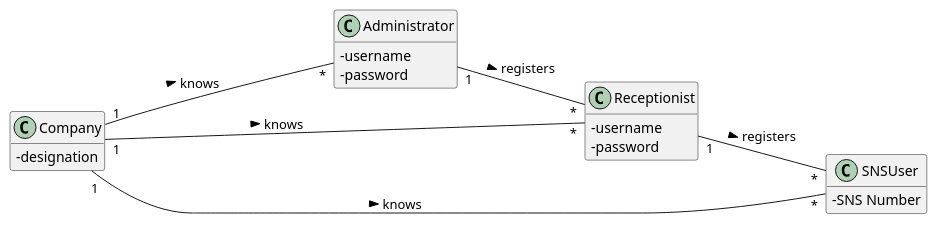
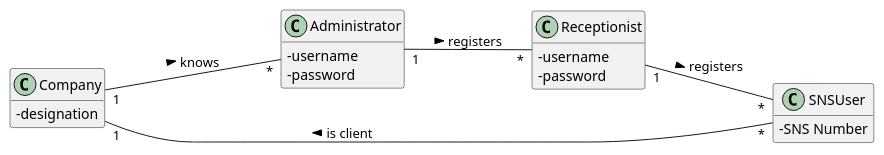
The diagram in docs/SprintB/US/US3/US003_MD.puml (PedroMesquita1211171/VaccinationManager), drawn with PlantUML before and after one commit. The commit also changed 10 other files, not shown here.

```diff
--- a/docs/SprintB/US/US3/US003_MD.puml
+++ b/docs/SprintB/US/US3/US003_MD.puml
@@ -1,36 +1,35 @@
 @startuml
 hide methods
 left to right direction
 skinparam classAttributeIconSize 0
 
 
 class Company {
   -designation
 }
 
 class Receptionist {
   -username
   -password
 }
 
 class SNSUser {
   -SNS Number
 }
 
 class Administrator {
   -username
   -password
 }
 
-Company "1"--"*" Receptionist : knows >
-Company "1"---"*" SNSUser : knows >
+SNSUser "*"---"1" Company : is client >
 Company "1"---"*" Administrator : knows >
 Receptionist "1"--"*" SNSUser : registers >
 Administrator "1"--"*" Receptionist : registers >
 
 
 
 
 
 
 @enduml
```
